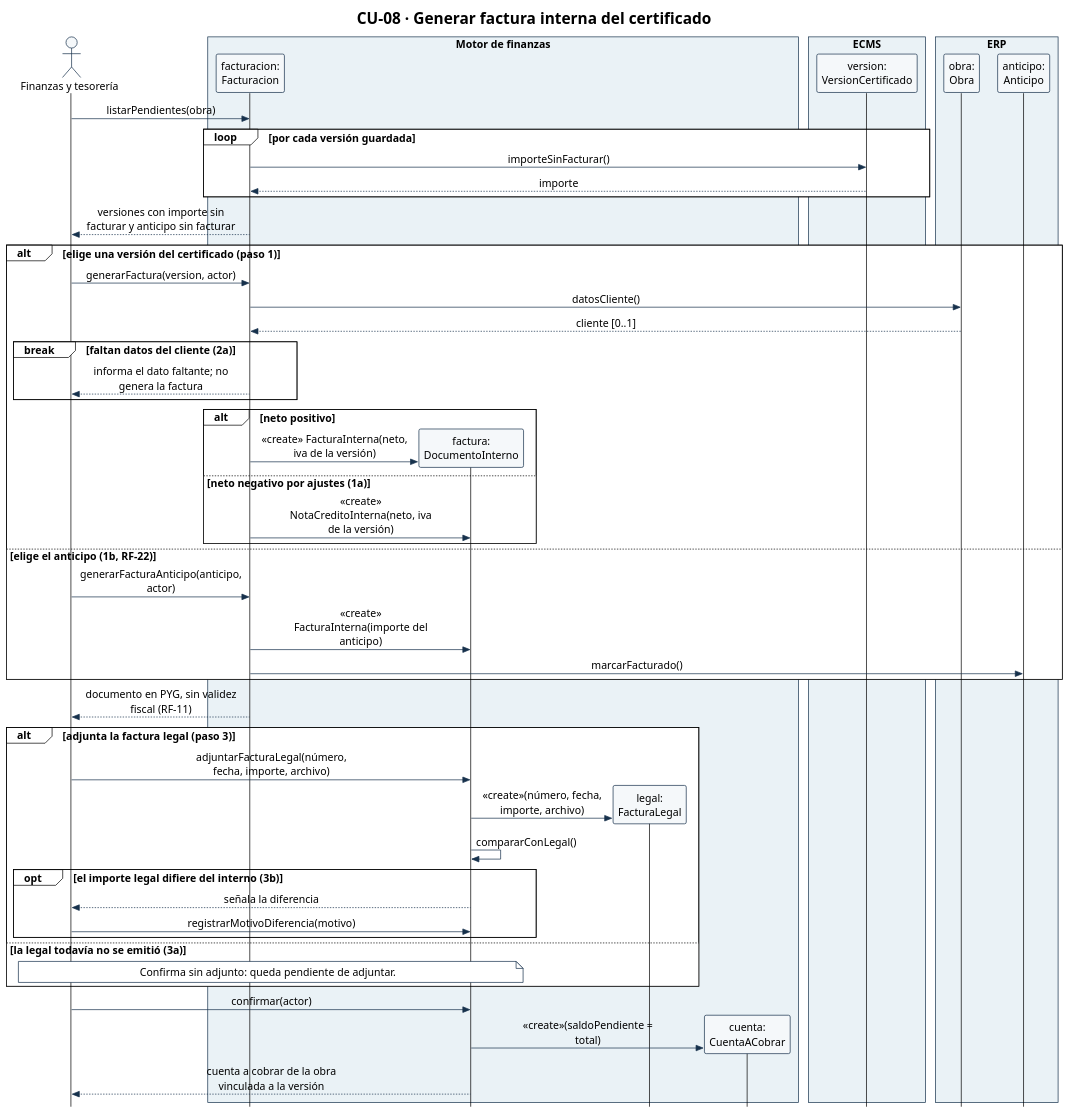
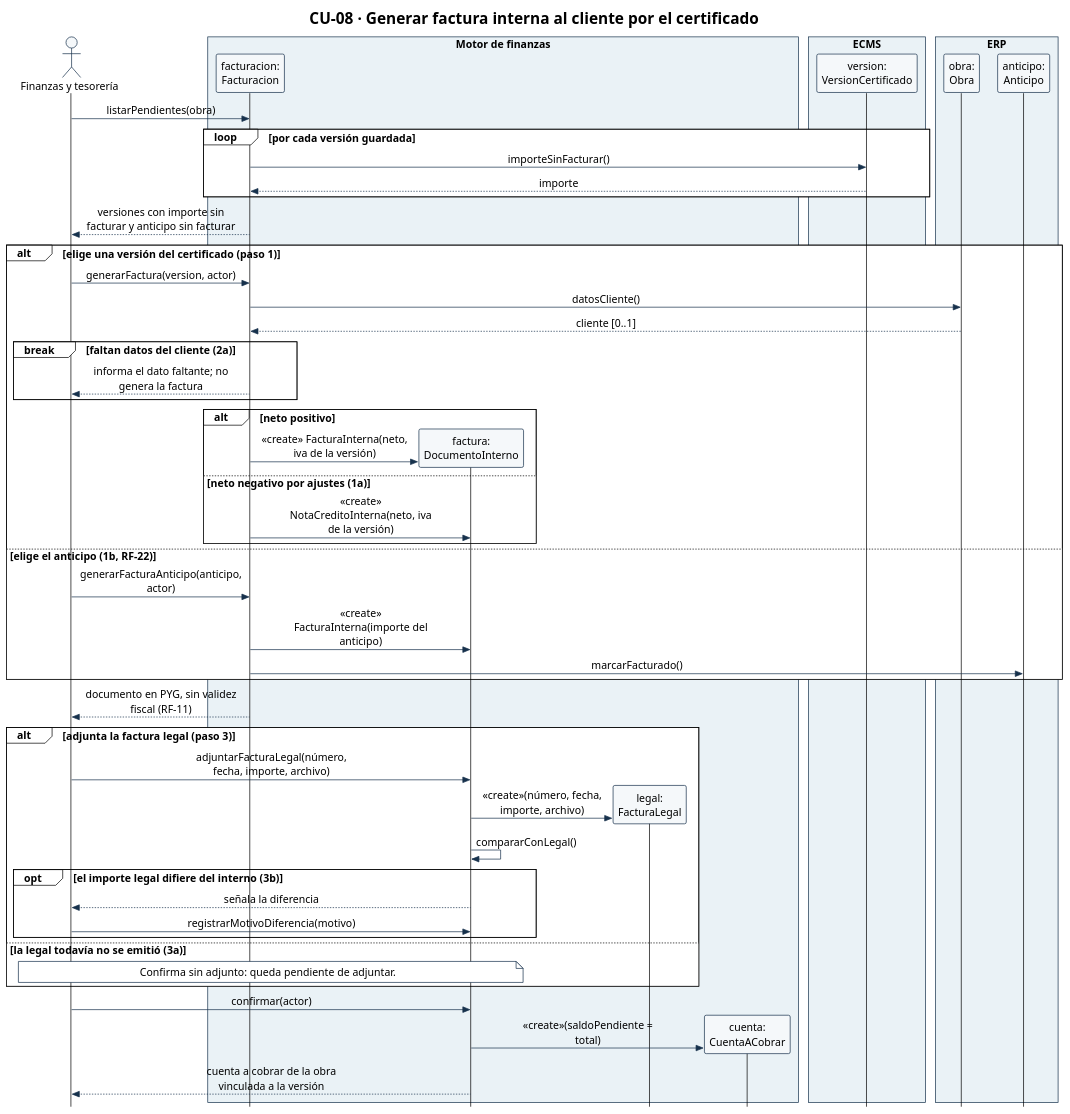
Before and after one commit to Ssrrb/tpf-uca: the diagram in diagramas/CU-08-secuencia.puml, drawn with PlantUML. The commit also changed 2 other files, not shown here.

Commit message:
Aclara el nombre de CU-08: factura interna al cliente por el certificado
Claude-Session: https://claude.ai/code/session_01SsyG3wCMXzRw729TatmkYY

```diff
--- a/diagramas/CU-08-secuencia.puml
+++ b/diagramas/CU-08-secuencia.puml
@@ -1,83 +1,83 @@
 @startuml
 !theme plain
 skinparam style strictuml
 skinparam shadowing false
 skinparam defaultFontName Arial
 skinparam defaultFontSize 15
 skinparam sequenceMessageAlign center
 skinparam maxMessageSize 220
 skinparam ParticipantPadding 8
 skinparam BoxPadding 6
 skinparam ParticipantBackgroundColor #F5F8FA
 skinparam ParticipantBorderColor #17324D
 skinparam ActorBorderColor #17324D
 skinparam ActorBackgroundColor #F5F8FA
 skinparam ArrowColor #17324D
 skinparam SequenceBoxBorderColor #17324D
 skinparam note {
   BackgroundColor #FFFFFF
   BorderColor #17324D
 }
 hide footbox
-title CU-08 · Generar factura interna del certificado
+title CU-08 · Generar factura interna al cliente por el certificado
 actor "Finanzas y tesorería" as Fin
 box "Motor de finanzas" #EAF2F6
 participant "facturacion:\nFacturacion" as Fac
 participant "factura:\nDocumentoInterno" as Doc
 participant "legal:\nFacturaLegal" as Leg
 participant "cuenta:\nCuentaACobrar" as CxC
 end box
 box "ECMS" #EAF2F6
 participant "version:\nVersionCertificado" as V
 end box
 box "ERP" #EAF2F6
 participant "obra:\nObra" as Obra
 participant "anticipo:\nAnticipo" as Ant
 end box
 
 Fin -> Fac: listarPendientes(obra)
 loop por cada versión guardada
   Fac -> V: importeSinFacturar()
   V --> Fac: importe
 end
 Fac --> Fin: versiones con importe sin facturar y anticipo sin facturar
 
 alt elige una versión del certificado (paso 1)
   Fin -> Fac: generarFactura(version, actor)
   Fac -> Obra: datosCliente()
   Obra --> Fac: cliente [0..1]
   break faltan datos del cliente (2a)
     Fac --> Fin: informa el dato faltante; no genera la factura
   end
   alt neto positivo
     create Doc
     Fac -> Doc: «create» FacturaInterna(neto, iva de la versión)
   else neto negativo por ajustes (1a)
     Fac -> Doc: «create» NotaCreditoInterna(neto, iva de la versión)
   end
 else elige el anticipo (1b, RF-22)
   Fin -> Fac: generarFacturaAnticipo(anticipo, actor)
   Fac -> Doc: «create» FacturaInterna(importe del anticipo)
   Fac -> Ant: marcarFacturado()
 end
 Fac --> Fin: documento en PYG, sin validez fiscal (RF-11)
 
 alt adjunta la factura legal (paso 3)
   Fin -> Doc: adjuntarFacturaLegal(número, fecha, importe, archivo)
   create Leg
   Doc -> Leg: «create»(número, fecha, importe, archivo)
   Doc -> Doc: compararConLegal()
   opt el importe legal difiere del interno (3b)
     Doc --> Fin: señala la diferencia
     Fin -> Doc: registrarMotivoDiferencia(motivo)
   end
 else la legal todavía no se emitió (3a)
   note over Fin, Doc
     Confirma sin adjunto: queda pendiente de adjuntar.
   end note
 end
 Fin -> Doc: confirmar(actor)
 create CxC
 Doc -> CxC: «create»(saldoPendiente = total)
 Doc --> Fin: cuenta a cobrar de la obra vinculada a la versión
 @enduml
```
